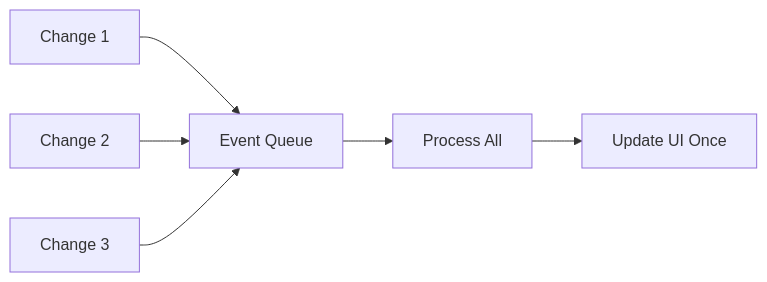
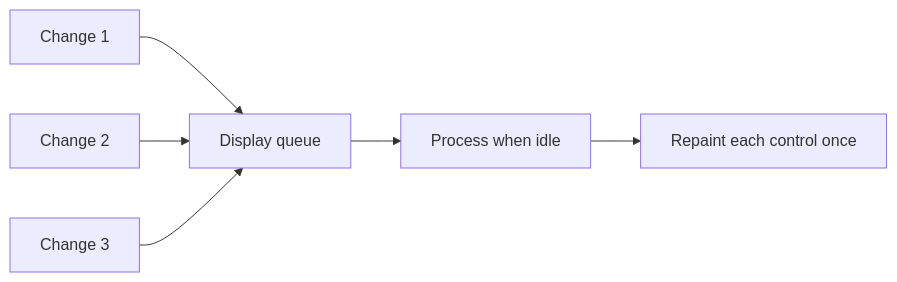
The second of 2 diagrams in docs/concepts/subscriptions.md (bero/BoldForDelphi), drawn with Mermaid before and after one commit. The commit also changed other lines of this file and 43 other files, not shown here.

````diff
--- a/docs/concepts/subscriptions.md
+++ b/docs/concepts/subscriptions.md
@@ -352,8 +129,8 @@
 ```mermaid
 flowchart LR
-    Change1[Change 1] --> Queue[Event Queue]
+    Change1[Change 1] --> Queue[Display queue]
     Change2[Change 2] --> Queue
     Change3[Change 3] --> Queue
-    Queue --> Process[Process All]
-    Process --> UI[Update UI Once]
+    Queue --> Process[Process when idle]
+    Process --> UI[Repaint each control once]
 ```
````
